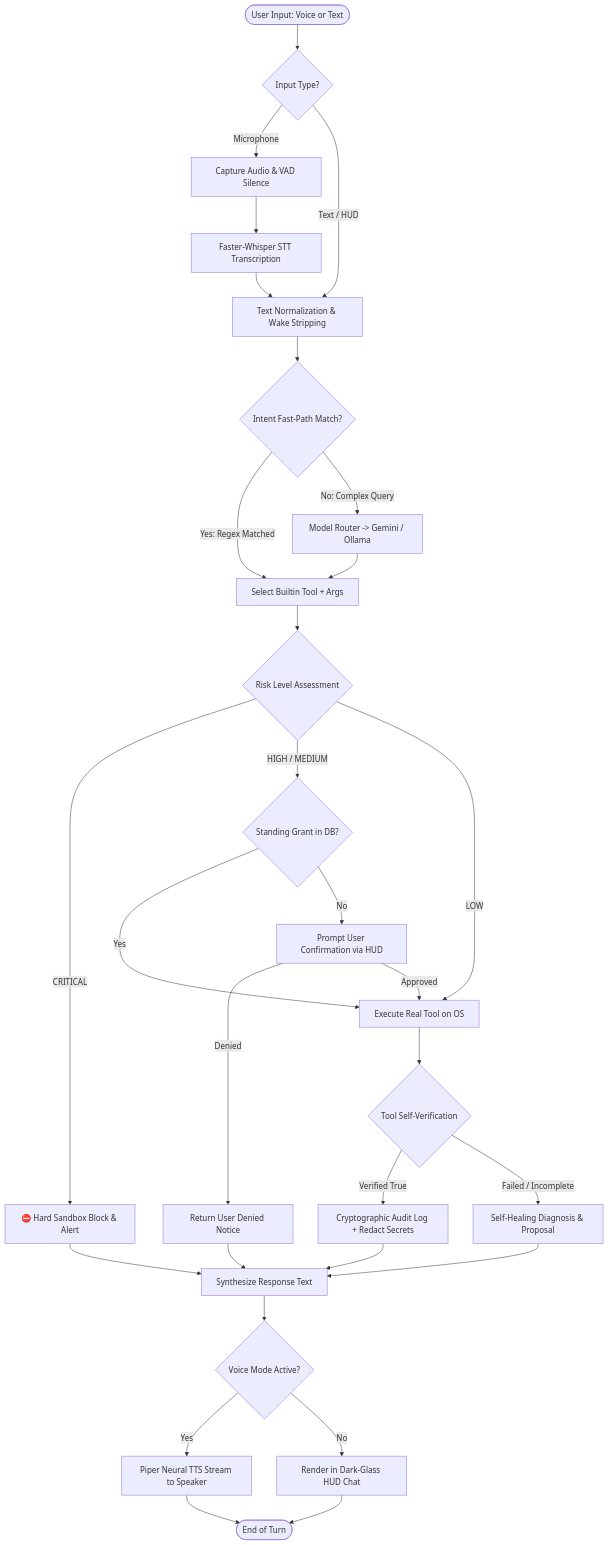
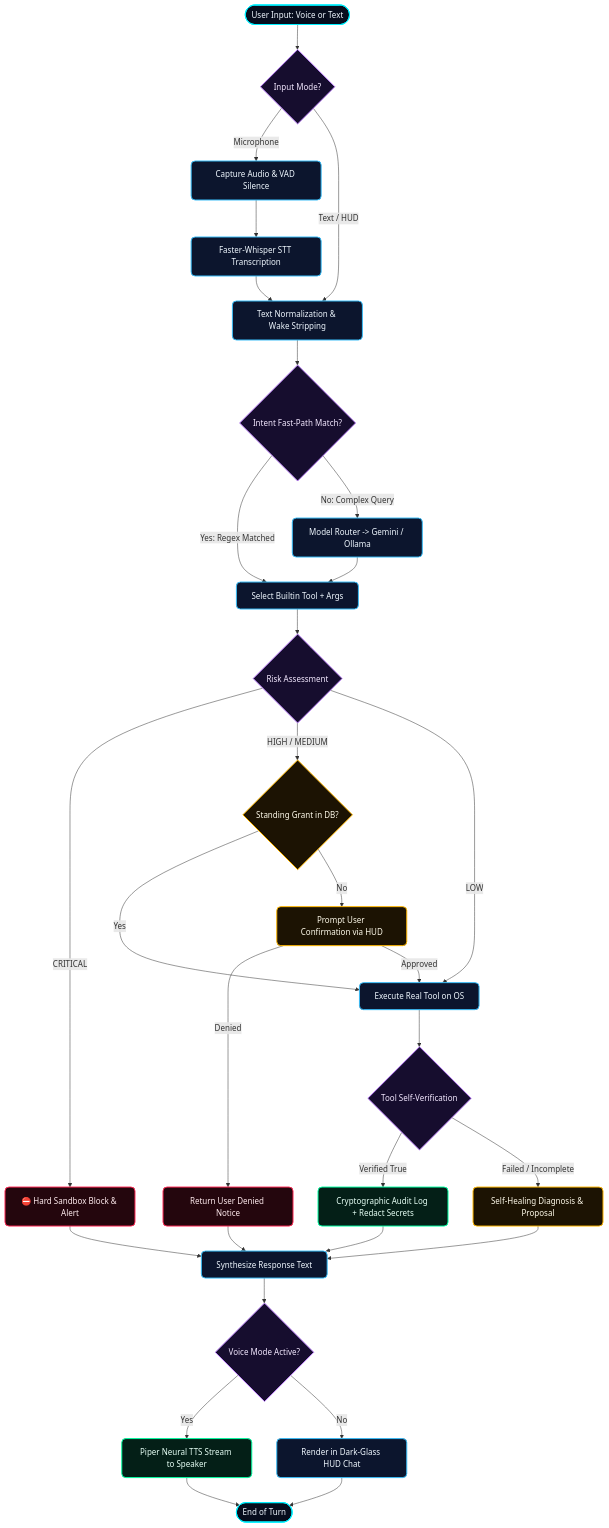
Before and after one commit to Abhay73888/jarvis: the second of 5 diagrams in README.md, drawn with Mermaid. The commit also changed other lines of this file, not shown here.

Commit message:
style: apply professional cyberpunk and executive color palette to README diagrams and badges

````diff
--- a/README.md
+++ b/README.md
@@ -177,37 +204,44 @@
 ```mermaid
 flowchart TD
-    Start([User Input: Voice or Text]) --> InputType{Input Type?}
-    InputType -->|Microphone| VAD[Capture Audio & VAD Silence]
-    VAD --> Whisper[Faster-Whisper STT Transcription]
-    Whisper --> Normalize[Text Normalization & Wake Stripping]
+    classDef startNode fill:#070d1d,stroke:#00f0ff,stroke-width:2px,color:#f0f8ff,rx:20px,ry:20px;
+    classDef processNode fill:#0c152d,stroke:#38bdf8,stroke-width:2px,color:#f0f8ff,rx:8px,ry:8px;
+    classDef decisionNode fill:#160d2e,stroke:#c084fc,stroke-width:2px,color:#f3e8ff;
+    classDef dangerNode fill:#24060d,stroke:#ff2a55,stroke-width:2px,color:#ffebee,rx:8px,ry:8px;
+    classDef warningNode fill:#1c1303,stroke:#ffb700,stroke-width:2px,color:#fffbeb,rx:8px,ry:8px;
+    classDef successNode fill:#041f17,stroke:#00ffa3,stroke-width:2px,color:#e6fff5,rx:8px,ry:8px;
+
+    Start([User Input: Voice or Text]):::startNode --> InputType{Input Mode?}:::decisionNode
+    InputType -->|Microphone| VAD[Capture Audio & VAD Silence]:::processNode
+    VAD --> Whisper[Faster-Whisper STT Transcription]:::processNode
+    Whisper --> Normalize[Text Normalization & Wake Stripping]:::processNode
     InputType -->|Text / HUD| Normalize
 
-    Normalize --> FastPath{Intent Fast-Path Match?}
-    FastPath -->|Yes: Regex Matched| ToolSelect[Select Builtin Tool + Args]
-    FastPath -->|No: Complex Query| LLMSelect[Model Router -> Gemini / Ollama]
+    Normalize --> FastPath{Intent Fast-Path Match?}:::decisionNode
+    FastPath -->|Yes: Regex Matched| ToolSelect[Select Builtin Tool + Args]:::processNode
+    FastPath -->|No: Complex Query| LLMSelect[Model Router -> Gemini / Ollama]:::processNode
     LLMSelect --> ToolSelect
 
-    ToolSelect --> RiskCheck{Risk Level Assessment}
-    RiskCheck -->|CRITICAL| BlockAction[⛔ Hard Sandbox Block & Alert]
-    RiskCheck -->|HIGH / MEDIUM| PermGrant{Standing Grant in DB?}
-    RiskCheck -->|LOW| Execute[Execute Real Tool on OS]
+    ToolSelect --> RiskCheck{Risk Assessment}:::decisionNode
+    RiskCheck -->|CRITICAL| BlockAction[⛔ Hard Sandbox Block & Alert]:::dangerNode
+    RiskCheck -->|HIGH / MEDIUM| PermGrant{Standing Grant in DB?}:::warningNode
+    RiskCheck -->|LOW| Execute[Execute Real Tool on OS]:::processNode
 
     PermGrant -->|Yes| Execute
-    PermGrant -->|No| ConfirmModal[Prompt User Confirmation via HUD]
-    ConfirmModal -->|Denied| DenyResult[Return User Denied Notice]
+    PermGrant -->|No| ConfirmModal[Prompt User Confirmation via HUD]:::warningNode
+    ConfirmModal -->|Denied| DenyResult[Return User Denied Notice]:::dangerNode
     ConfirmModal -->|Approved| Execute
 
-    Execute --> SelfVerify{Tool Self-Verification}
-    SelfVerify -->|Verified True| AuditLog[Cryptographic Audit Log + Redact Secrets]
-    SelfVerify -->|Failed / Incomplete| ErrorHandler[Self-Healing Diagnosis & Proposal]
+    Execute --> SelfVerify{Tool Self-Verification}:::decisionNode
+    SelfVerify -->|Verified True| AuditLog[Cryptographic Audit Log + Redact Secrets]:::successNode
+    SelfVerify -->|Failed / Incomplete| ErrorHandler[Self-Healing Diagnosis & Proposal]:::warningNode
 
-    AuditLog --> FormatReply[Synthesize Response Text]
-    FormatReply --> SpeechCheck{Voice Mode Active?}
-    SpeechCheck -->|Yes| PiperStream[Piper Neural TTS Stream to Speaker]
-    SpeechCheck -->|No| HUDUpdate[Render in Dark-Glass HUD Chat]
-    PiperStream --> Finish([End of Turn])
+    AuditLog --> FormatReply[Synthesize Response Text]:::processNode
+    FormatReply --> SpeechCheck{Voice Mode Active?}:::decisionNode
+    SpeechCheck -->|Yes| PiperStream[Piper Neural TTS Stream to Speaker]:::successNode
+    SpeechCheck -->|No| HUDUpdate[Render in Dark-Glass HUD Chat]:::processNode
+    PiperStream --> Finish([End of Turn]):::startNode
     HUDUpdate --> Finish
     BlockAction --> FormatReply
     DenyResult --> FormatReply
     ErrorHandler --> FormatReply
 ```
````
